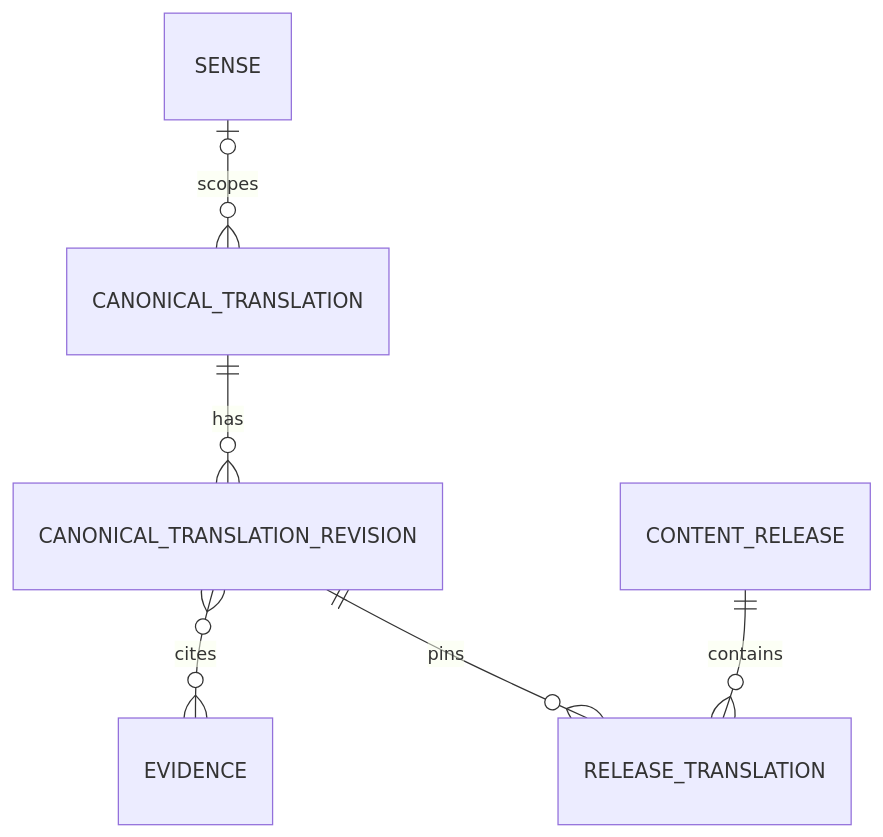
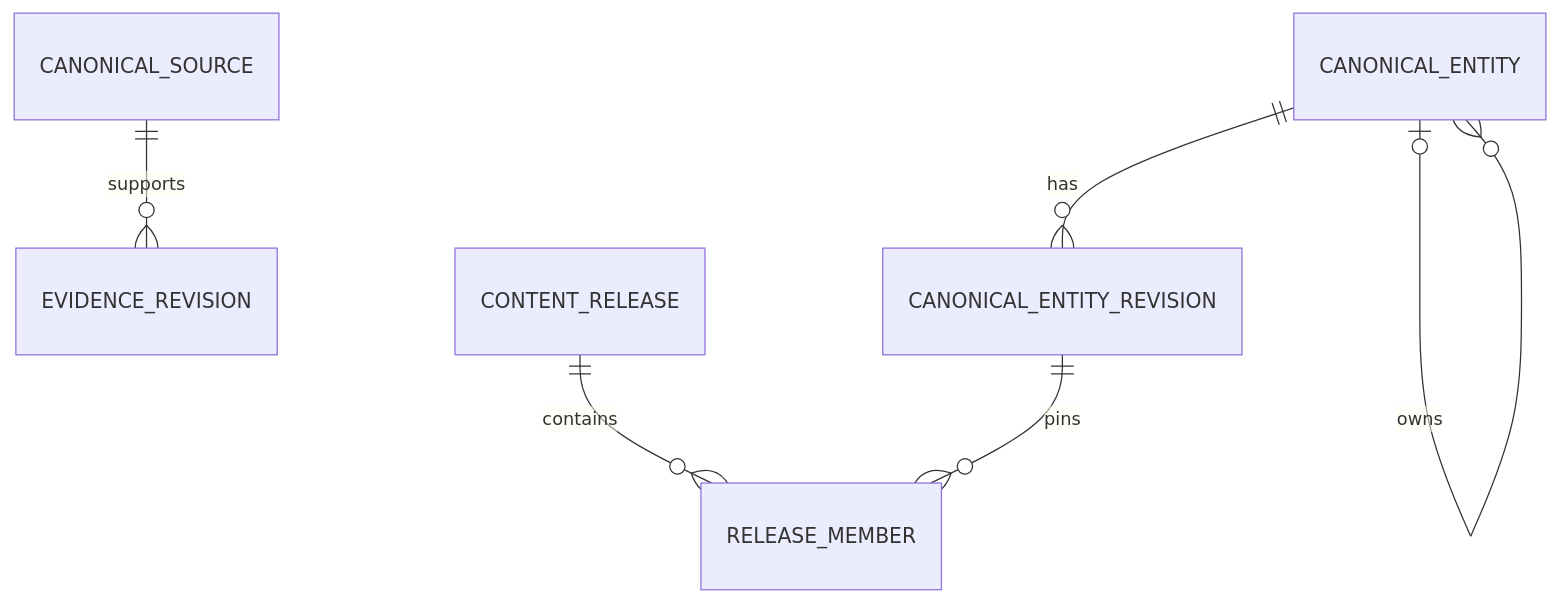
Before and after one commit to Ashex-x/Transnet: the diagram in docs/interfaces/mysql.md, drawn with Mermaid. The commit also changed other lines of this file and 10 other files, not shown here.

Commit message:
docs: optimize target storage schema

````diff
--- a/docs/interfaces/mysql.md
+++ b/docs/interfaces/mysql.md
@@ -54,8 +56,8 @@
 ```mermaid
 erDiagram
-  CANONICAL_TRANSLATION ||--o{ CANONICAL_TRANSLATION_REVISION : has
-  CANONICAL_TRANSLATION_REVISION }o--o{ EVIDENCE : cites
-  CONTENT_RELEASE ||--o{ RELEASE_TRANSLATION : contains
-  CANONICAL_TRANSLATION_REVISION ||--o{ RELEASE_TRANSLATION : pins
-  SENSE o|--o{ CANONICAL_TRANSLATION : scopes
+  CANONICAL_ENTITY ||--o{ CANONICAL_ENTITY_REVISION : has
+  CANONICAL_ENTITY o|--o{ CANONICAL_ENTITY : owns
+  CONTENT_RELEASE ||--o{ RELEASE_MEMBER : contains
+  CANONICAL_ENTITY_REVISION ||--o{ RELEASE_MEMBER : pins
+  CANONICAL_SOURCE ||--o{ EVIDENCE_REVISION : supports
 ```
````
